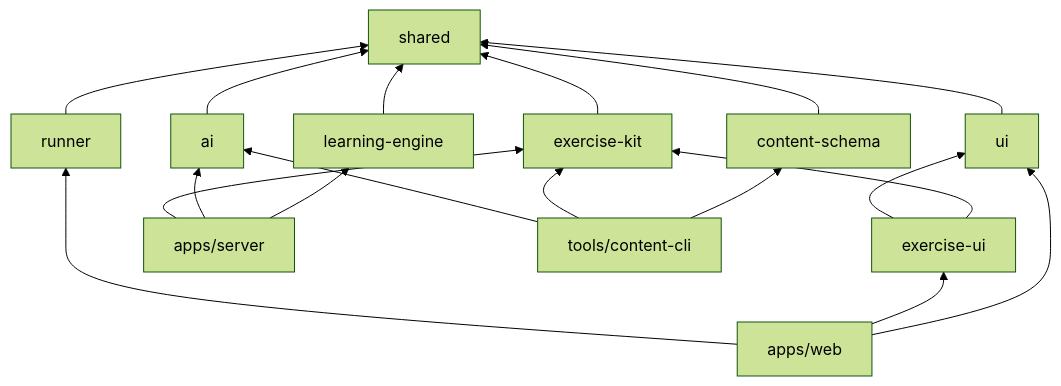
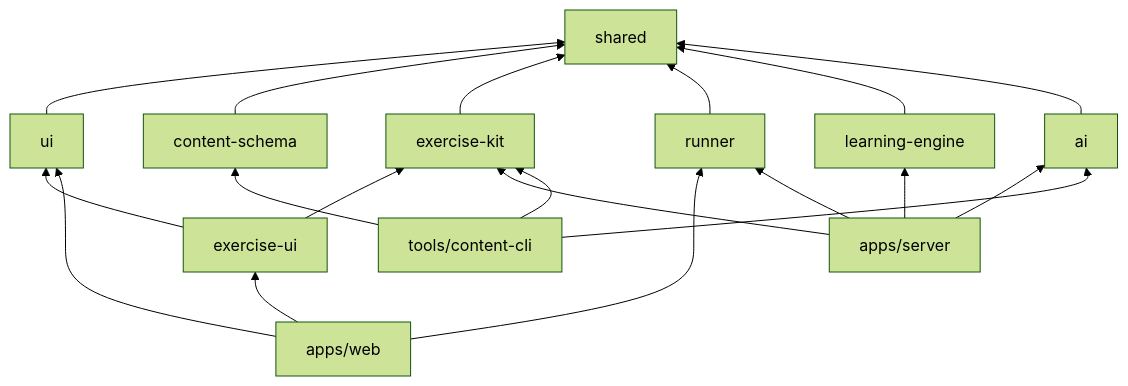
One commit to ProgInOne/javascript changed the second of 4 diagrams in docs/design/system-architecture.md. Above: the diagram before and after it, drawn with Mermaid (forest theme). The commit also changed other lines of this file and 15 other files, not shown here.

````diff
--- a/docs/design/system-architecture.md
+++ b/docs/design/system-architecture.md
@@ -139,21 +139,22 @@
 ```mermaid
 flowchart BT
     shared
     ui --> shared
     contentschema[content-schema] --> shared
     exercisekit[exercise-kit] --> shared
     exerciseui[exercise-ui] --> exercisekit
     exerciseui --> ui
     runner --> shared
     engine[learning-engine] --> shared
     ai --> shared
     web[apps/web] --> ui
     web --> exerciseui
     web --> runner
-    server[apps/server] --> engine
+    server[apps/server] --> runner
+    server --> engine
     server --> ai
     server --> exercisekit
     cli[tools/content-cli] --> contentschema
     cli --> exercisekit
     cli --> ai
 ```
````
